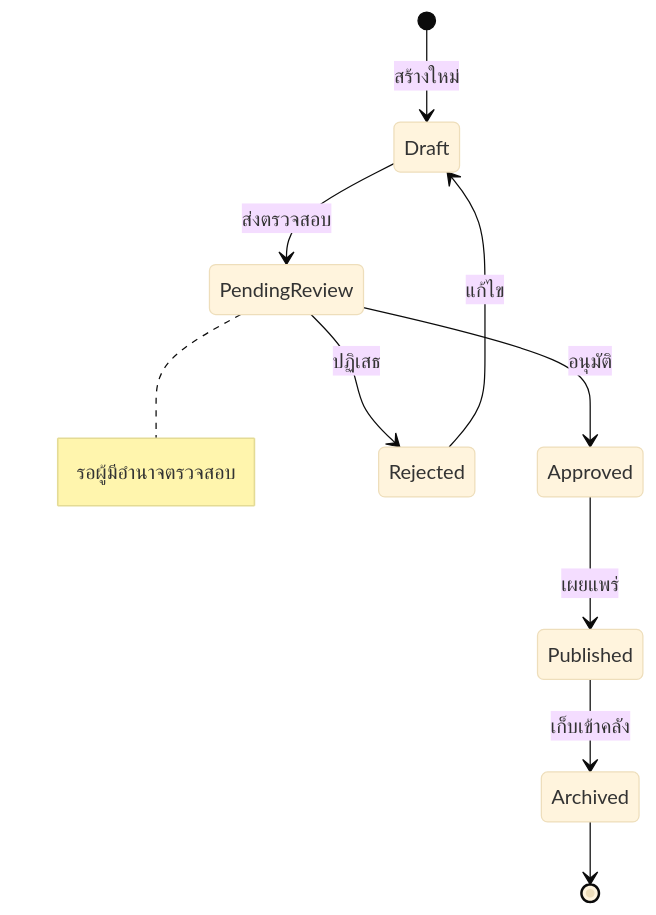
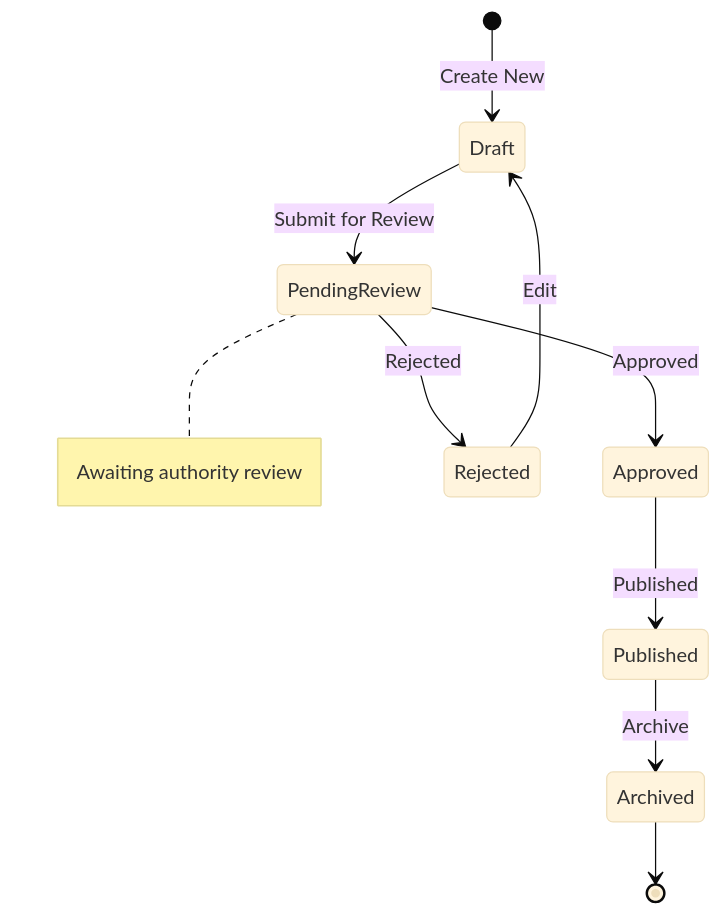
Diagram 12 of 13 in plugins/system-design-doc/commands/create-diagram.md (mounchons/AgentMarketPlace), drawn with Mermaid (base theme) before and after one commit. The commit also changed other lines of this file and 51 other files, not shown here.

````diff
--- a/plugins/system-design-doc/commands/create-diagram.md
+++ b/plugins/system-design-doc/commands/create-diagram.md
@@ -310,13 +310,13 @@
 ```mermaid
 stateDiagram-v2
-    [*] --> Draft: สร้างใหม่
-    Draft --> PendingReview: ส่งตรวจสอบ
-    PendingReview --> Approved: อนุมัติ
-    PendingReview --> Rejected: ปฏิเสธ
-    Rejected --> Draft: แก้ไข
-    Approved --> Published: เผยแพร่
-    Published --> Archived: เก็บเข้าคลัง
+    [*] --> Draft: Create New
+    Draft --> PendingReview: Submit for Review
+    PendingReview --> Approved: Approved
+    PendingReview --> Rejected: Rejected
+    Rejected --> Draft: Edit
+    Approved --> Published: Published
+    Published --> Archived: Archive
     Archived --> [*]
 
-    note right of PendingReview: รอผู้มีอำนาจตรวจสอบ
+    note right of PendingReview: Awaiting authority review
 ```
````
